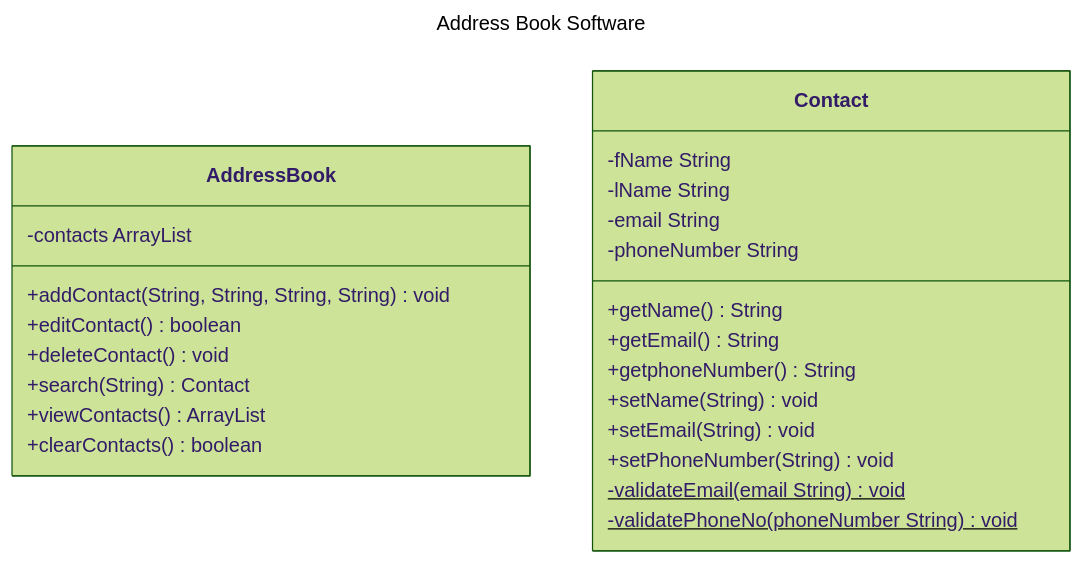
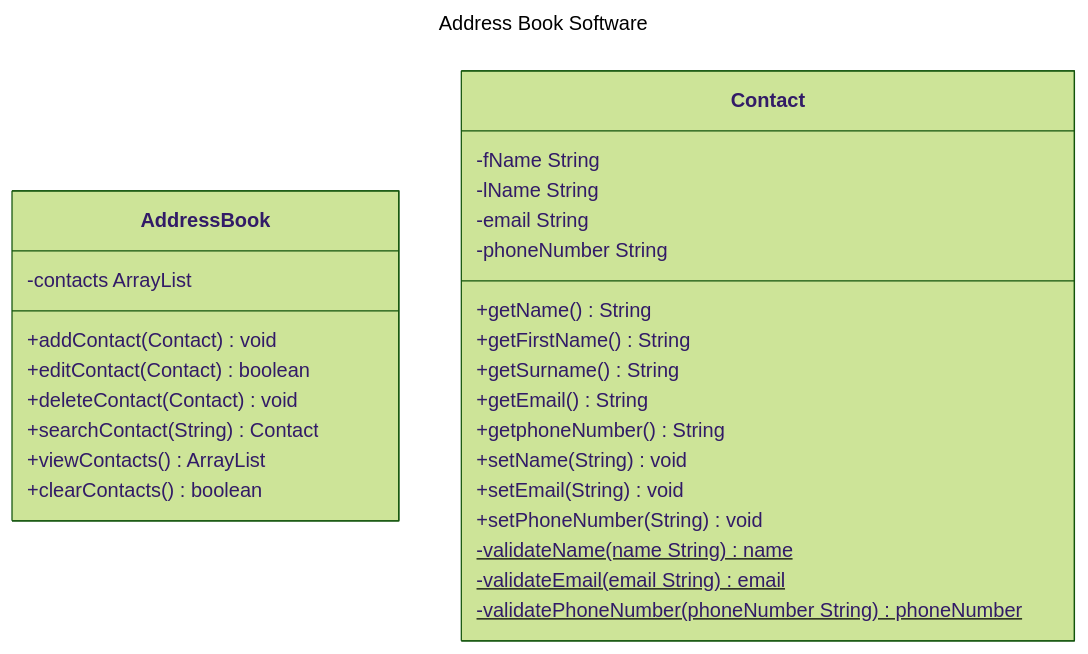
Before and after one commit to myaleung/address-book-application: the diagram in docs/domain-models-test-plan.md, drawn with Mermaid (forest theme). The commit also changed 2 other files, not shown here.

Commit message:
test: delete contact from contact list if exists feat: add method to delete contact from address book

````diff
--- a/docs/domain-models-test-plan.md
+++ b/docs/domain-models-test-plan.md
@@ -5,29 +5,32 @@
 ```mermaid
 ---
 title: Address Book Software
 ---
 classDiagram
     class AddressBook {
         -contacts ArrayList<Contact>
-        +addContact(String, String, String, String) void
-        +editContact() boolean
-        +deleteContact() void
-        +search(String) Contact
+        +addContact(Contact) void
+        +editContact(Contact) boolean
+        +deleteContact(Contact) void
+        +searchContact(String) Contact
         +viewContacts() ArrayList
         +clearContacts() boolean
     }
     class Contact {
         -fName String
         -lName String
         -email  String
         -phoneNumber String
         +getName() String
+        +getFirstName() String
+        +getSurname() String
         +getEmail() String
         +getphoneNumber() String
         +setName(String) void
         +setEmail(String) void
         +setPhoneNumber(String) void
-        -validateEmail(email String)$ void
-        -validatePhoneNo(phoneNumber String)$ void
+        -validateName(name String)$ name
+        -validateEmail(email String)$ email
+        -validatePhoneNumber(phoneNumber String)$ phoneNumber
     }
 ```
````
